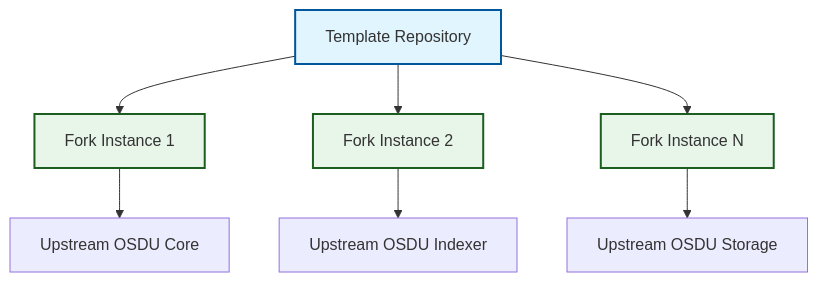
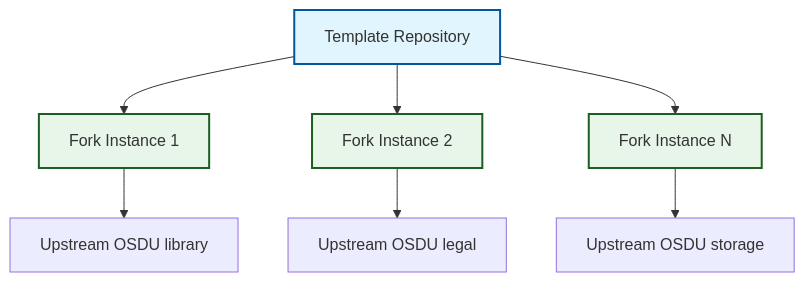
Before and after one commit to danielscholl-osdu/osdu-fork-template: the diagram in doc/src/architecture/overview.md, drawn with Mermaid. The commit also changed other lines of this file and 2 other files, not shown here.

Commit message:
docs: improve documentation consistency and style
- Remove 'Get Started' section from home page for cleaner navigation
- Replace emoji checkmarks with Material Design icons for consistency
- Remove marketing taglines from concepts and overview pages
- Update system design diagram examples to use OSDU library/legal/storage
- Create consistent professional documentation style

Related to #184

````diff
--- a/doc/src/architecture/overview.md
+++ b/doc/src/architecture/overview.md
@@ -39,15 +39,15 @@
 ```mermaid
 graph TD
     A[Template Repository] --> B[Fork Instance 1]
     A --> C[Fork Instance 2]
     A --> D[Fork Instance N]
     
-    B --> E[Upstream OSDU Core]
-    C --> F[Upstream OSDU Indexer]
-    D --> G[Upstream OSDU Storage]
+    B --> E[Upstream OSDU library]
+    C --> F[Upstream OSDU legal]
+    D --> G[Upstream OSDU storage]
     
     style A fill:#e1f5fe,stroke:#01579b,stroke-width:2px
     style B fill:#e8f5e9,stroke:#1b5e20,stroke-width:2px
     style C fill:#e8f5e9,stroke:#1b5e20,stroke-width:2px
     style D fill:#e8f5e9,stroke:#1b5e20,stroke-width:2px
 ```
````
